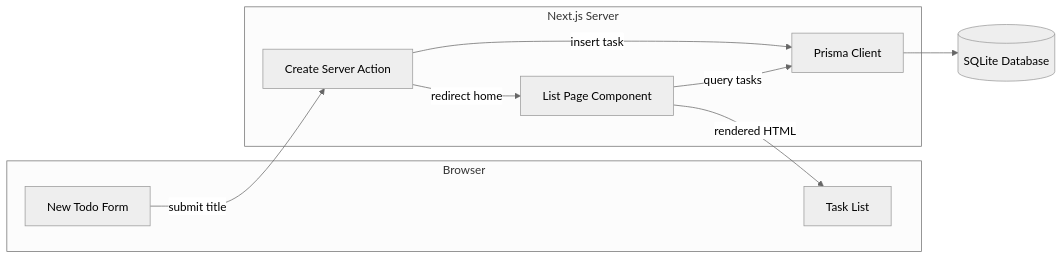
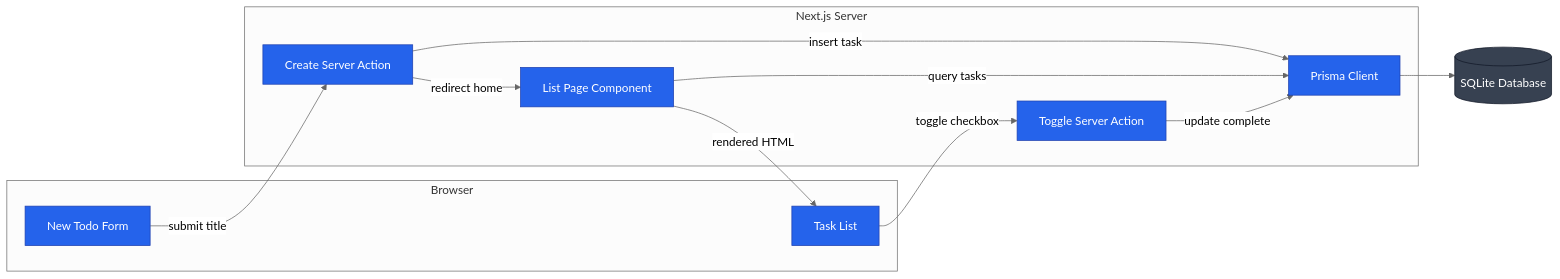
Before and after one commit to risingOnIP/to-do-web-app: the diagram in README.md, drawn with Mermaid. The commit also changed other lines of this file, not shown here.

````diff
--- a/README.md
+++ b/README.md
@@ -37,20 +40,30 @@
 ```mermaid
 %%{init: {"theme": "neutral"}}%%
 flowchart LR
     subgraph browser["Browser"]
         formView["New Todo Form"]
         listView["Task List"]
     end
     subgraph server["Next.js Server"]
         createAction["Create Server Action"]
+        toggleAction["Toggle Server Action"]
         listPage["List Page Component"]
         prismaClient["Prisma Client"]
     end
     sqliteDb[("SQLite Database")]
     formView -->|"submit title"| createAction
+    listView -->|"toggle checkbox"| toggleAction
     createAction -->|"insert task"| prismaClient
+    toggleAction -->|"update complete"| prismaClient
     createAction -->|"redirect home"| listPage
     listPage -->|"query tasks"| prismaClient
     prismaClient --> sqliteDb
     listPage -->|"rendered HTML"| listView
+    classDef core fill:#2563EB,stroke:#1E40AF,color:#FFFFFF
+    classDef guard fill:#15803D,stroke:#166534,color:#FFFFFF
+    classDef threat fill:#B45309,stroke:#92400E,color:#FFFFFF
+    classDef infra fill:#374151,stroke:#111827,color:#FFFFFF
+    classDef external fill:#F3F4F6,stroke:#6B7280,color:#111827
+    class formView,listView,createAction,toggleAction,listPage,prismaClient core
+    class sqliteDb infra
 ```
````
